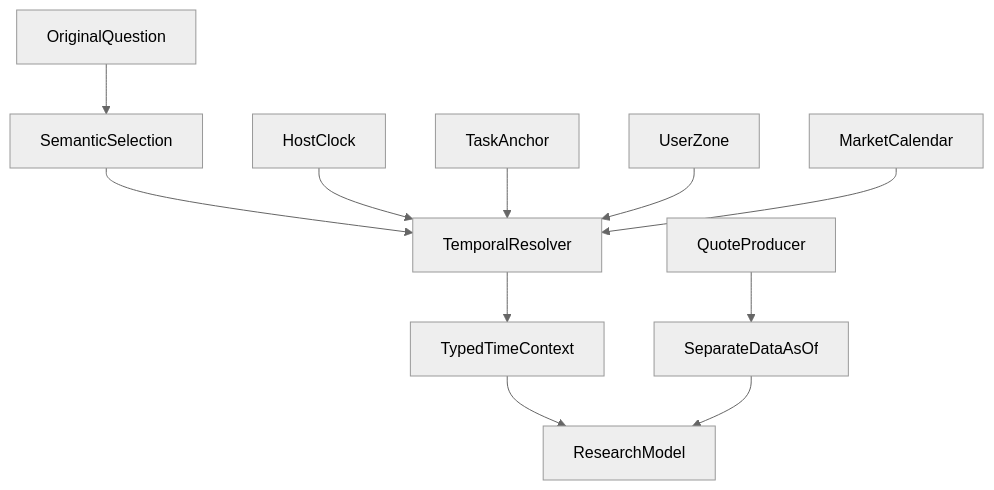
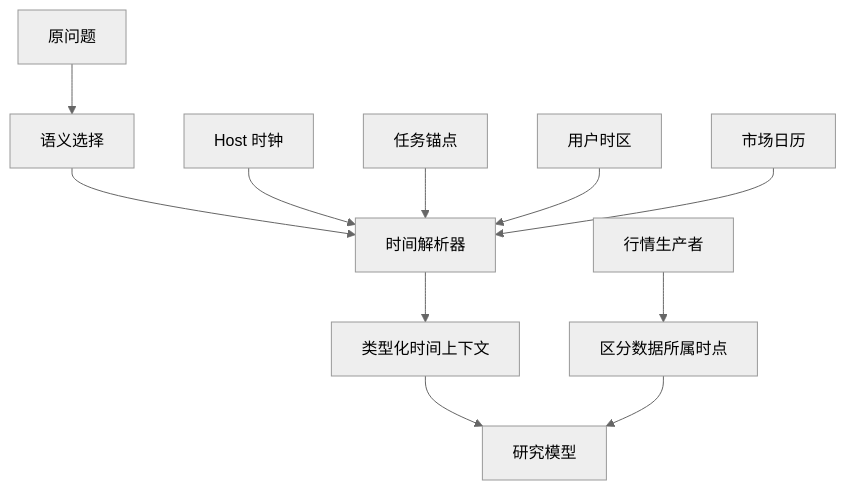
The diagram in articles/agent-temporal-semantics-market-calendar.md (hpoenixf/eff-agent-article), drawn with Mermaid (neutral theme) before and after one commit. The commit also changed 52 other files, not shown here.

Commit message:
docs: localize diagrams and clarify flagship guides

````diff
--- a/articles/agent-temporal-semantics-market-calendar.md
+++ b/articles/agent-temporal-semantics-market-calendar.md
@@ -48,13 +48,13 @@
 ```mermaid
 graph TD
-OriginalQuestion --> SemanticSelection
-SemanticSelection --> TemporalResolver
-HostClock --> TemporalResolver
-TaskAnchor --> TemporalResolver
-UserZone --> TemporalResolver
-MarketCalendar --> TemporalResolver
-TemporalResolver --> TypedTimeContext
-QuoteProducer --> SeparateDataAsOf
-TypedTimeContext --> ResearchModel
+OriginalQuestion["原问题"] --> SemanticSelection["语义选择"]
+SemanticSelection --> TemporalResolver["时间解析器"]
+HostClock["Host 时钟"] --> TemporalResolver
+TaskAnchor["任务锚点"] --> TemporalResolver
+UserZone["用户时区"] --> TemporalResolver
+MarketCalendar["市场日历"] --> TemporalResolver
+TemporalResolver --> TypedTimeContext["类型化时间上下文"]
+QuoteProducer["行情生产者"] --> SeparateDataAsOf["区分数据所属时点"]
+TypedTimeContext --> ResearchModel["研究模型"]
 SeparateDataAsOf --> ResearchModel
 ```
````
